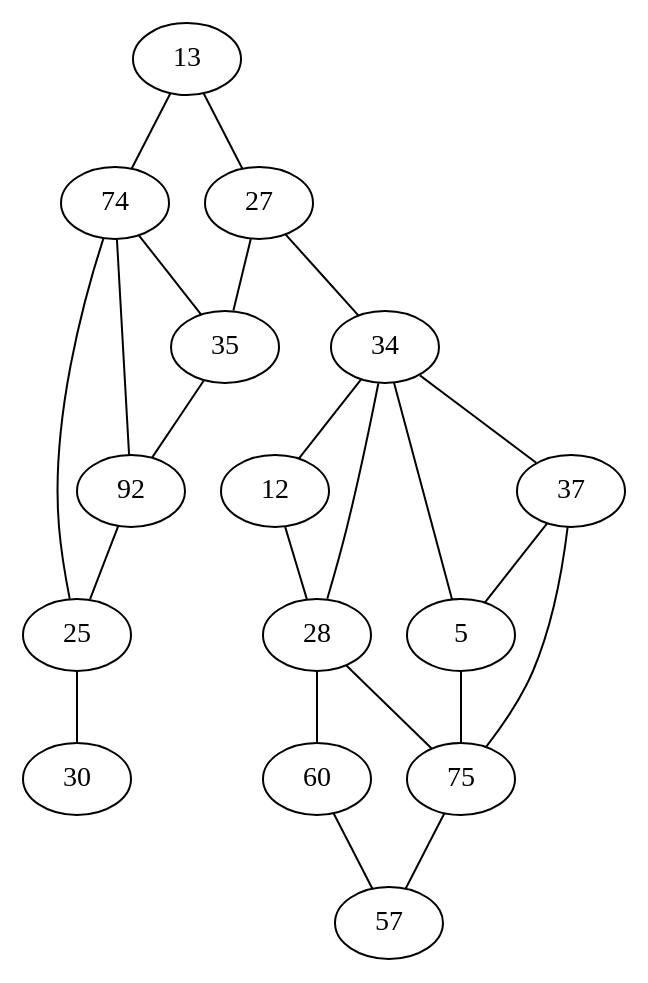
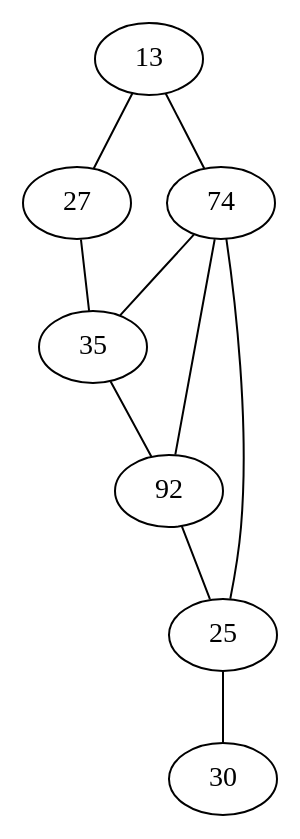
Before and after one commit to vinicius-de-souza/graphapplication: the diagram in testes/uniao.dot, drawn with Graphviz. The commit also changed 5 other files, not shown here.

```diff
--- a/testes/uniao.dot
+++ b/testes/uniao.dot
@@ -1,93 +1,57 @@
 strict graph G { 
  
 
+    13 --  74
+    13 --  27
+    13 --  74
+    13 --  27
     13 --  74
     13 --  27
     13 --  74
     13 --  27
     74 --  13
     74 --  13
     74 --  35
     74 --  92
     74 --  25
     74 --  35
     74 --  92
     74 --  25
+    74 --  13
+    74 --  13
     27 --  13
     27 --  13
     27 --  35
     27 --  35
-    27 --  34
-    27 --  34
+    27 --  13
+    27 --  13
+    27 --  35
+    27 --  35
     35 --  74
     35 --  27
     35 --  27
     35 --  92
     35 --  74
+    35 --  92
+    35 --  27
+    35 --  27
+    35 --  92
     35 --  92
     92 --  74
     92 --  35
     92 --  35
     92 --  74
     92 --  25
     92 --  25
+    92 --  35
+    92 --  35
     25 --  74
     25 --  92
     25 --  74
     25 --  92
     25 --  30
     25 --  30
     30 --  25
     30 --  25
-    34 --  27
-    34 --  27
-    34 --  37
-    34 --  5
-    34 --  12
-    34 --  28
-    34 --  37
-    34 --  5
-    34 --  12
-    34 --  28
-    37 --  34
-    37 --  34
-    37 --  5
-    37 --  75
-    37 --  5
-    37 --  75
-    5 --  34
-    5 --  37
-    5 --  34
-    5 --  37
-    5 --  75
-    5 --  75
-    12 --  34
-    12 --  34
-    12 --  28
-    12 --  28
-    28 --  34
-    28 --  12
-    28 --  34
-    28 --  12
-    28 --  60
-    28 --  75
-    28 --  75
-    28 --  60
-    75 --  37
-    75 --  5
-    75 --  28
-    75 --  37
-    75 --  28
-    75 --  57
-    75 --  5
-    75 --  57
-    60 --  28
-    60 --  28
-    60 --  57
-    60 --  57
-    57 --  75
-    57 --  60
-    57 --  60
-    57 --  75
 
  }
```
